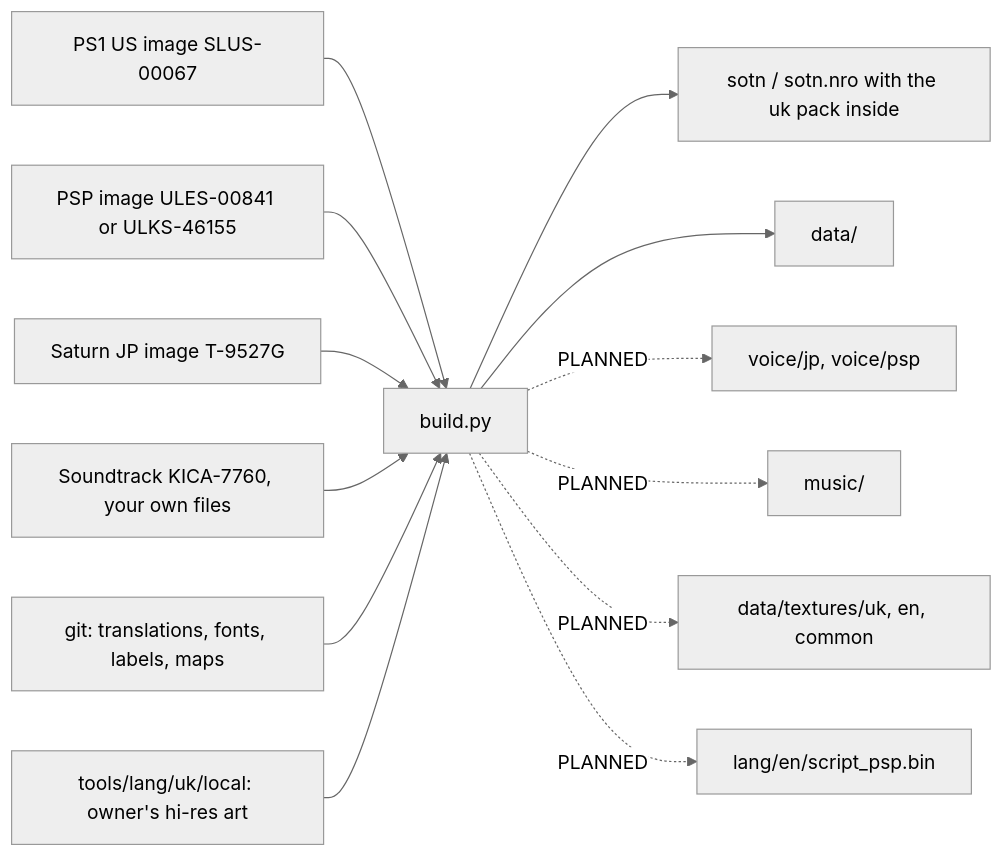
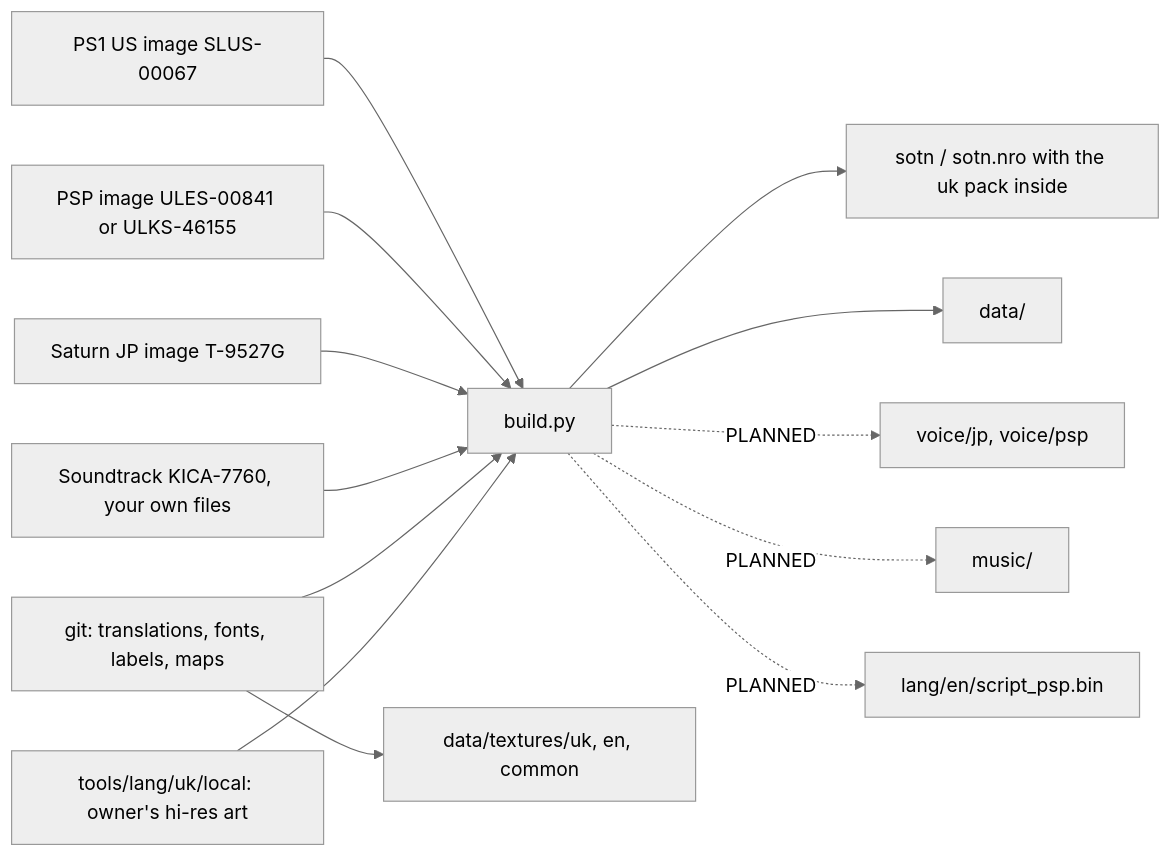
Before and after one commit to rashevskyv/sotn-decomp: the diagram in docs/ASSET_SOURCES.md, drawn with Mermaid (neutral theme). The commit also changed other lines of this file and 490 other files, not shown here.

````diff
--- a/docs/ASSET_SOURCES.md
+++ b/docs/ASSET_SOURCES.md
@@ -14,15 +14,15 @@
 ```mermaid
 flowchart LR
     PS1[PS1 US image SLUS-00067] --> B[build.py]
     PSP[PSP image ULES-00841 or ULKS-46155] --> B
     SAT[Saturn JP image T-9527G] --> B
     OST[Soundtrack KICA-7760, your own files] --> B
     GIT[git: translations, fonts, labels, maps] --> B
     LOC[tools/lang/uk/local: owner's hi-res art] --> B
     B --> EXE[sotn / sotn.nro with the uk pack inside]
     B --> DATA[data/]
     B -. PLANNED .-> VOICE[voice/jp, voice/psp]
     B -. PLANNED .-> MUSIC[music/]
-    B -. PLANNED .-> TEX[data/textures/uk, en, common]
+    GIT --> TEX[data/textures/uk, en, common]
     B -. PLANNED .-> LANG[lang/en/script_psp.bin]
 ```
````
